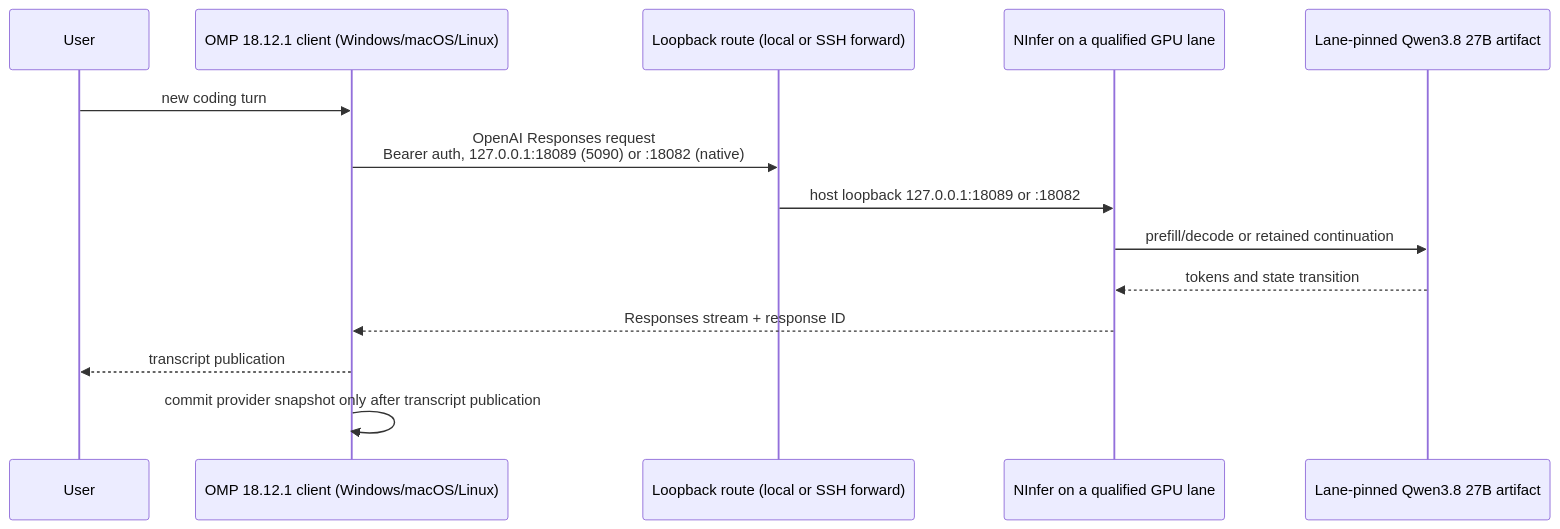
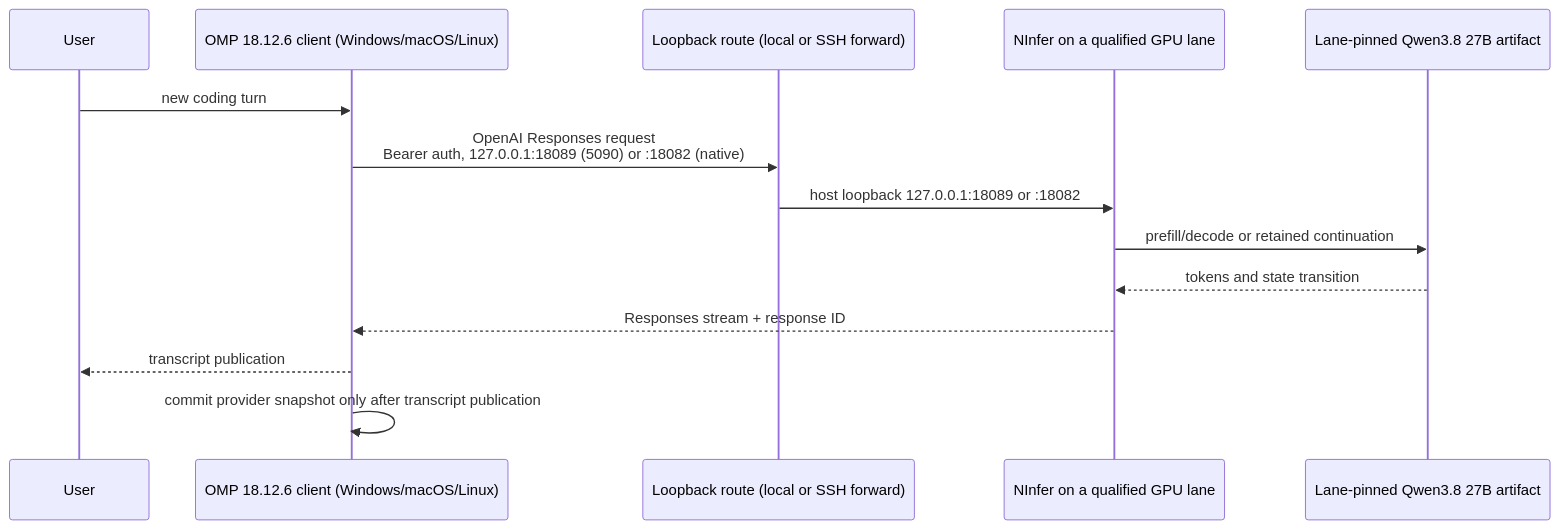
Before and after one commit to alphastorm/omp-ninfer: the diagram in docs/ARCHITECTURE.md, drawn with Mermaid. The commit also changed other lines of this file and 28 other files, not shown here.

````diff
--- a/docs/ARCHITECTURE.md
+++ b/docs/ARCHITECTURE.md
@@ -12,17 +12,17 @@
 ```mermaid
 sequenceDiagram
     participant User
-    participant OMP as OMP 18.12.1 client (Windows/macOS/Linux)
+    participant OMP as OMP 18.12.6 client (Windows/macOS/Linux)
     participant Route as Loopback route (local or SSH forward)
     participant NInfer as NInfer on a qualified GPU lane
     participant GPU as Lane-pinned Qwen3.8 27B artifact
 
     User->>OMP: new coding turn
     OMP->>Route: OpenAI Responses request<br/>Bearer auth, 127.0.0.1:18089 (5090) or :18082 (native)
     Route->>NInfer: host loopback 127.0.0.1:18089 or :18082
     NInfer->>GPU: prefill/decode or retained continuation
     GPU-->>NInfer: tokens and state transition
     NInfer-->>OMP: Responses stream + response ID
     OMP-->>User: transcript publication
     OMP->>OMP: commit provider snapshot only after transcript publication
 ```
````
